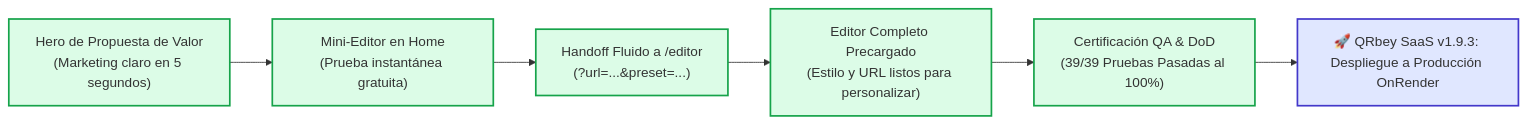
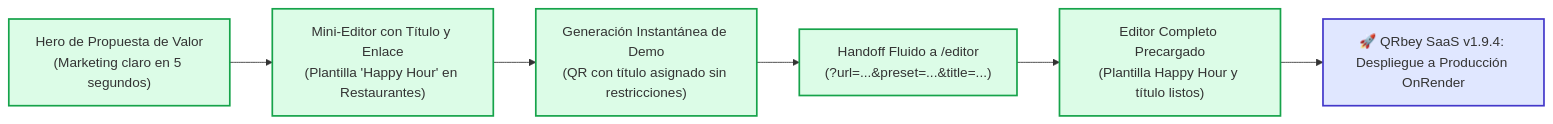
Before and after one commit to paolapaz202504/QRgenerator: the diagram in PROJECT_STATUS_QRGENERATOR.md, drawn with Mermaid. The commit also changed other lines of this file and 20 other files, not shown here.

Commit message:
feat(v1.9.4): plantilla Happy Hour predeterminada, campo de titulo y generacion con rotulo en mini editor

````diff
--- a/PROJECT_STATUS_QRGENERATOR.md
+++ b/PROJECT_STATUS_QRGENERATOR.md
@@ -12,15 +12,15 @@
 ```mermaid
 flowchart LR
-    A["Hero de Propuesta de Valor\n(Marketing claro en 5 segundos)"] --> B["Mini-Editor en Home\n(Prueba instantánea gratuita)"]
-    B --> C["Handoff Fluido a /editor\n(?url=...&preset=...)"]
-    C --> D["Editor Completo Precargado\n(Estilo y URL listos para personalizar)"]
-    D --> E["Certificación QA & DoD\n(39/39 Pruebas Pasadas al 100%)"]
-    E --> F["🚀 QRbey SaaS v1.9.3: Despliegue a Producción OnRender"]
+    A["Hero de Propuesta de Valor\n(Marketing claro en 5 segundos)"] --> B["Mini-Editor con Título y Enlace\n(Plantilla 'Happy Hour' en Restaurantes)"]
+    B --> C["Generación Instantánea de Demo\n(QR con título asignado sin restricciones)"]
+    C --> D["Handoff Fluido a /editor\n(?url=...&preset=...&title=...)"]
+    D --> E["Editor Completo Precargado\n(Plantilla Happy Hour y título listos)"]
+    E --> F["🚀 QRbey SaaS v1.9.4: Despliegue a Producción OnRender"]
     
     style A fill:#dcfce7,stroke:#16a34a,stroke-width:2px
     style B fill:#dcfce7,stroke:#16a34a,stroke-width:2px
     style C fill:#dcfce7,stroke:#16a34a,stroke-width:2px
     style D fill:#dcfce7,stroke:#16a34a,stroke-width:2px
     style E fill:#dcfce7,stroke:#16a34a,stroke-width:2px
     style F fill:#e0e7ff,stroke:#4338ca,stroke-width:2px
 ```
````
